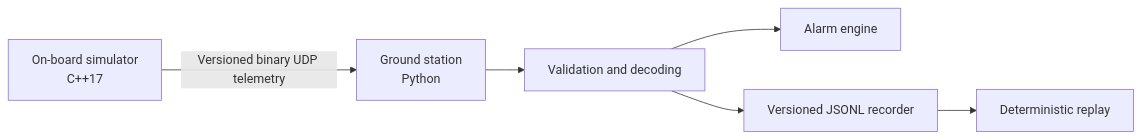
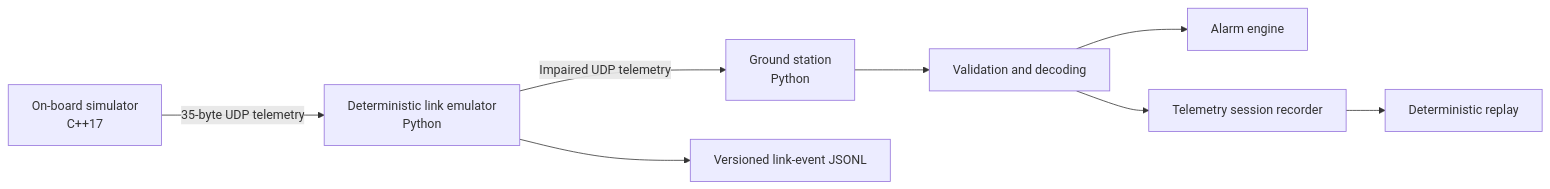
Before and after one commit to DavCalo/OrbitOps: the diagram in README.md, drawn with Mermaid. The commit also changed other lines of this file and 13 other files, not shown here.

Commit message:
feat: expose deterministic link emulator workflow

````diff
--- a/README.md
+++ b/README.md
@@ -39,8 +41,10 @@
 ```mermaid
 flowchart LR
-    SIM[On-board simulator\nC++17] -->|Versioned binary UDP telemetry| RX[Ground station\nPython]
+    SIM[On-board simulator\nC++17] -->|35-byte UDP telemetry| LINK[Deterministic link emulator\nPython]
+    LINK -->|Impaired UDP telemetry| RX[Ground station\nPython]
+    LINK --> EVT[Versioned link-event JSONL]
     RX --> DEC[Validation and decoding]
     DEC --> ALM[Alarm engine]
-    DEC --> REC[Versioned JSONL recorder]
+    DEC --> REC[Telemetry session recorder]
     REC --> REP[Deterministic replay]
 ```
````
